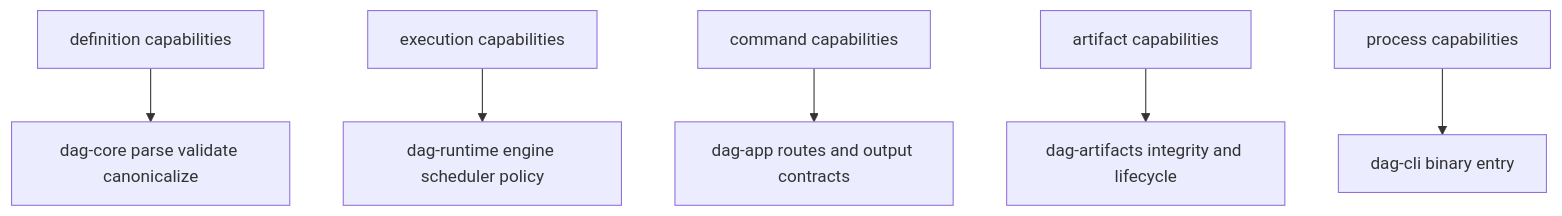
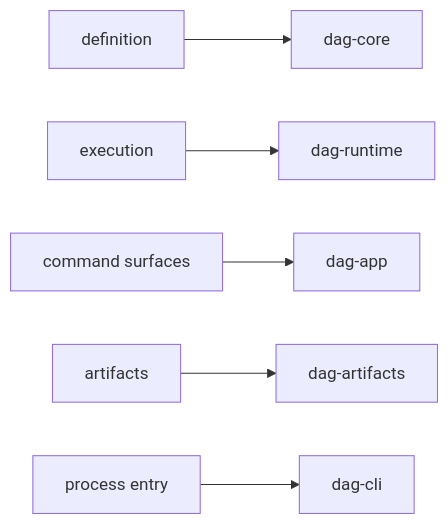
One commit to bijux/bijux-cli changed the diagram in docs/bijux-dag/foundation/capability-map.md. Above: the diagram before and after it, drawn with Mermaid. The commit also changed other lines of this file, not shown here.

Commit message:
docs(dag-foundation): clarify the capability map

````diff
--- a/docs/bijux-dag/foundation/capability-map.md
+++ b/docs/bijux-dag/foundation/capability-map.md
@@ -17,8 +21,8 @@
 ```mermaid
-flowchart TB
-    define["definition capabilities"] --> core["dag-core parse validate canonicalize"]
-    execute["execution capabilities"] --> runtime["dag-runtime engine scheduler policy"]
-    orchestrate["command capabilities"] --> app["dag-app routes and output contracts"]
-    persist["artifact capabilities"] --> artifacts["dag-artifacts integrity and lifecycle"]
-    invoke["process capabilities"] --> cli["dag-cli binary entry"]
+flowchart LR
+    define["definition"] --> core["dag-core"]
+    execute["execution"] --> runtime["dag-runtime"]
+    orchestrate["command surfaces"] --> app["dag-app"]
+    persist["artifacts"] --> artifacts["dag-artifacts"]
+    invoke["process entry"] --> cli["dag-cli"]
 ```
````
